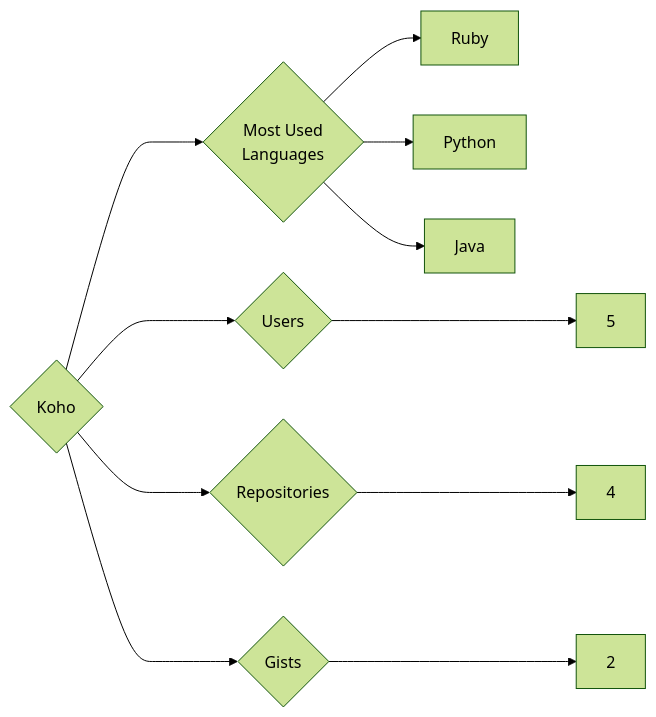
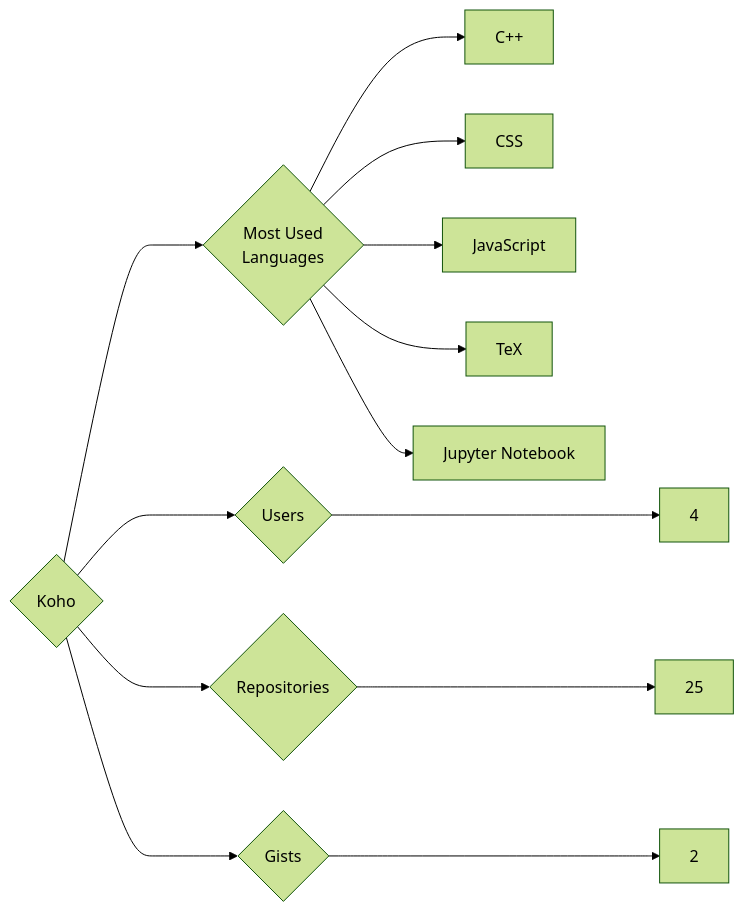
Before and after one commit to trickest/insiders: the diagram in targets/Koho/README.md, drawn with Mermaid (forest theme). The commit also changed 745 other files, not shown here.

````diff
--- a/targets/Koho/README.md
+++ b/targets/Koho/README.md
@@ -3,11 +3,13 @@
 ```mermaid
 graph LR
 COMPANY_NAME{Koho}
-COMPANY_NAME ---> U{Users} ---> UN[5]
-COMPANY_NAME ---> R{Repositories} ---> RN[4]
+COMPANY_NAME ---> U{Users} ---> UN[4]
+COMPANY_NAME ---> R{Repositories} ---> RN[25]
 COMPANY_NAME ---> G{Gists} ---> GN[2]
 COMPANY_NAME ---> ML{Most Used<br>Languages}
-ML --> Ruby[Ruby]
-ML --> Python[Python]
-ML --> Java[Java]
+ML --> C++[C++]
+ML --> CSS[CSS]
+ML --> JavaScript[JavaScript]
+ML --> TeX[TeX]
+ML --> Jupyter_Notebook[Jupyter Notebook]
 ```
````
